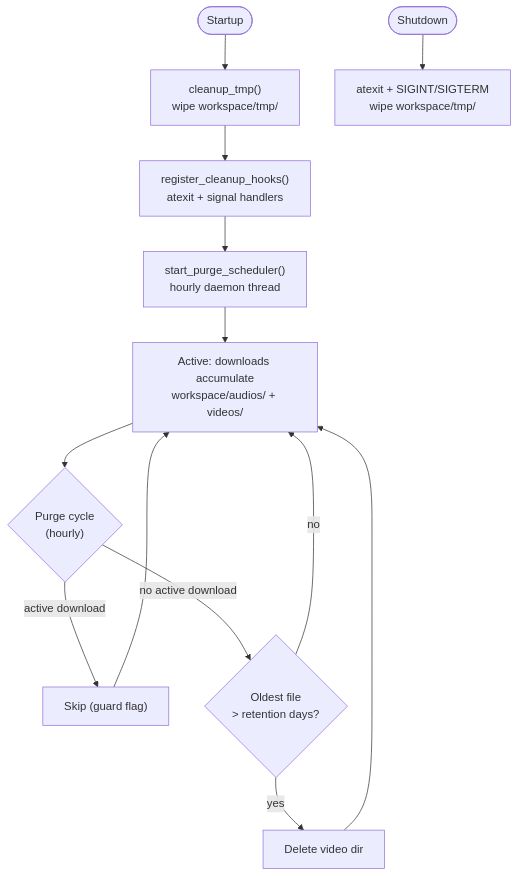
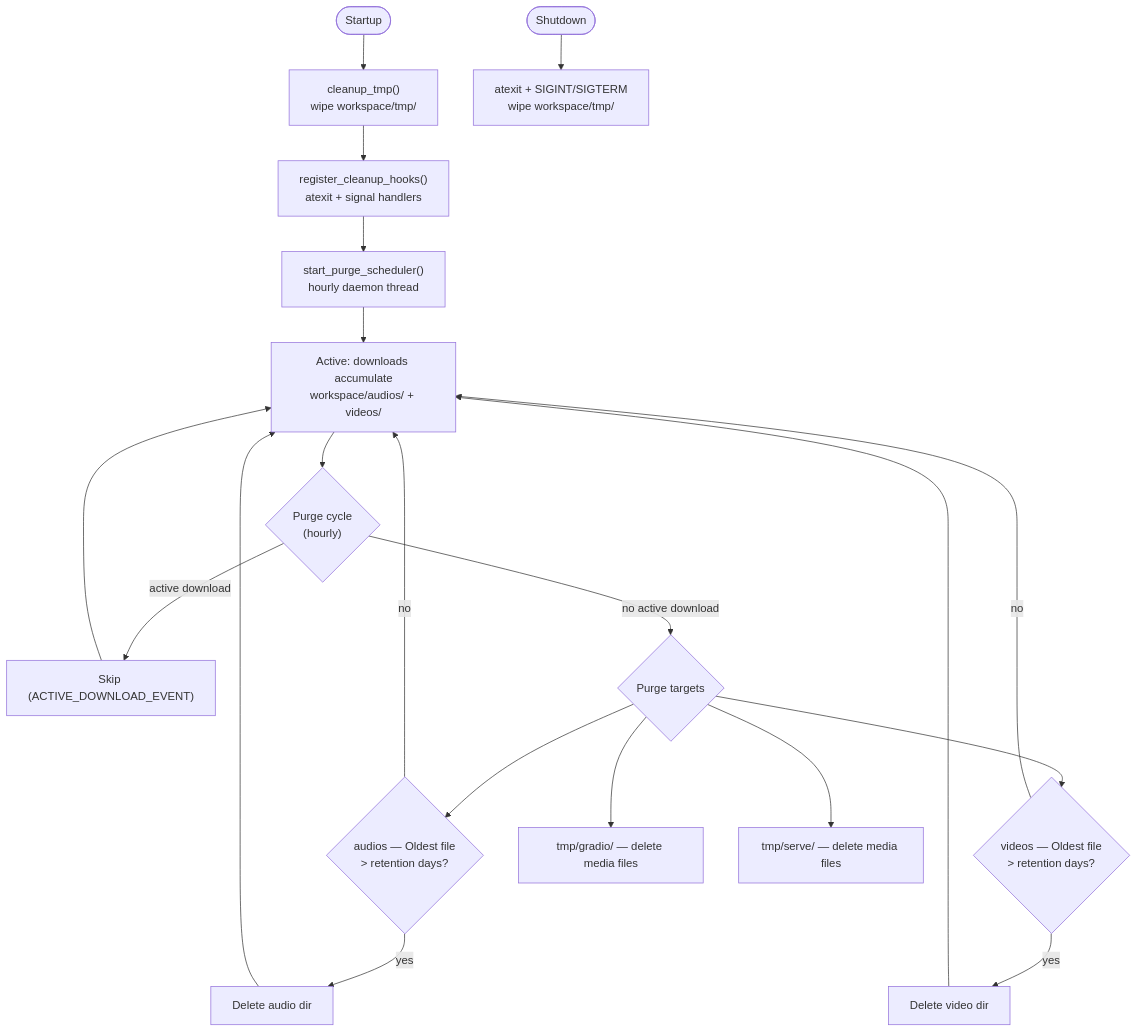
Before and after one commit to dimaskiddo/yt-dl: the fourth of 4 diagrams in docs/ARCHITECTURE.md, drawn with Mermaid. The commit also changed other lines of this file and 13 other files, not shown here.

Commit message:
fix: video download loop via finalize output guard, scope tmp purge to gradio/serve only

````diff
--- a/docs/ARCHITECTURE.md
+++ b/docs/ARCHITECTURE.md
@@ -158,17 +158,24 @@
 ```mermaid
 flowchart TD
     Startup(["Startup"]) --> CleanupTemp["cleanup_tmp()<br/>wipe workspace/tmp/"]
     CleanupTemp --> Hooks["register_cleanup_hooks()<br/>atexit + signal handlers"]
     Hooks --> Scheduler["start_purge_scheduler()<br/>hourly daemon thread"]
 
     Scheduler --> Active["Active: downloads accumulate<br/>workspace/audios/ + videos/"]
     Active --> Purge{"Purge cycle<br/>(hourly)"}
-    Purge -- "active download" --> Skip["Skip (guard flag)"]
+    Purge -- "active download" --> Skip["Skip (ACTIVE_DOWNLOAD_EVENT)"]
     Skip --> Active
-    Purge -- "no active download" --> CheckAge{"Oldest file<br/>> retention days?"}
-    CheckAge -- "yes" --> Delete["Delete video dir"]
-    CheckAge -- "no" --> Active
-    Delete --> Active
+    Purge -- "no active download" --> Targets{"Purge targets"}
+    Targets --> CheckAgeAud{"audios — Oldest file<br/>> retention days?"}
+    Targets --> CheckAgeVid{"videos — Oldest file<br/>> retention days?"}
+    Targets --> PurgeGradio["tmp/gradio/ — delete media files"]
+    Targets --> PurgeServe["tmp/serve/ — delete media files"]
+    CheckAgeAud -- "yes" --> DeleteAudio["Delete audio dir"]
+    CheckAgeVid -- "yes" --> DeleteVideo["Delete video dir"]
+    CheckAgeAud -- "no" --> Active
+    CheckAgeVid -- "no" --> Active
+    DeleteAudio --> Active
+    DeleteVideo --> Active
 
     Shutdown(["Shutdown"]) --> FinalCleanup["atexit + SIGINT/SIGTERM<br/>wipe workspace/tmp/"]
 ```
````
